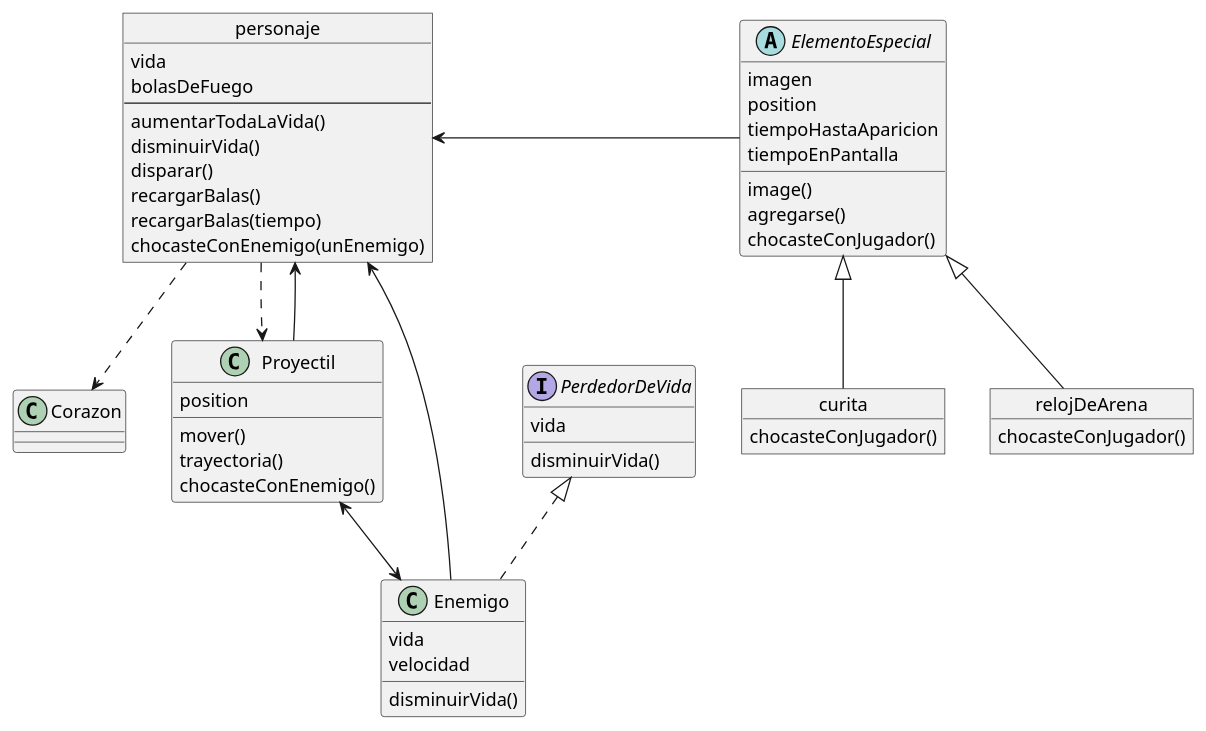
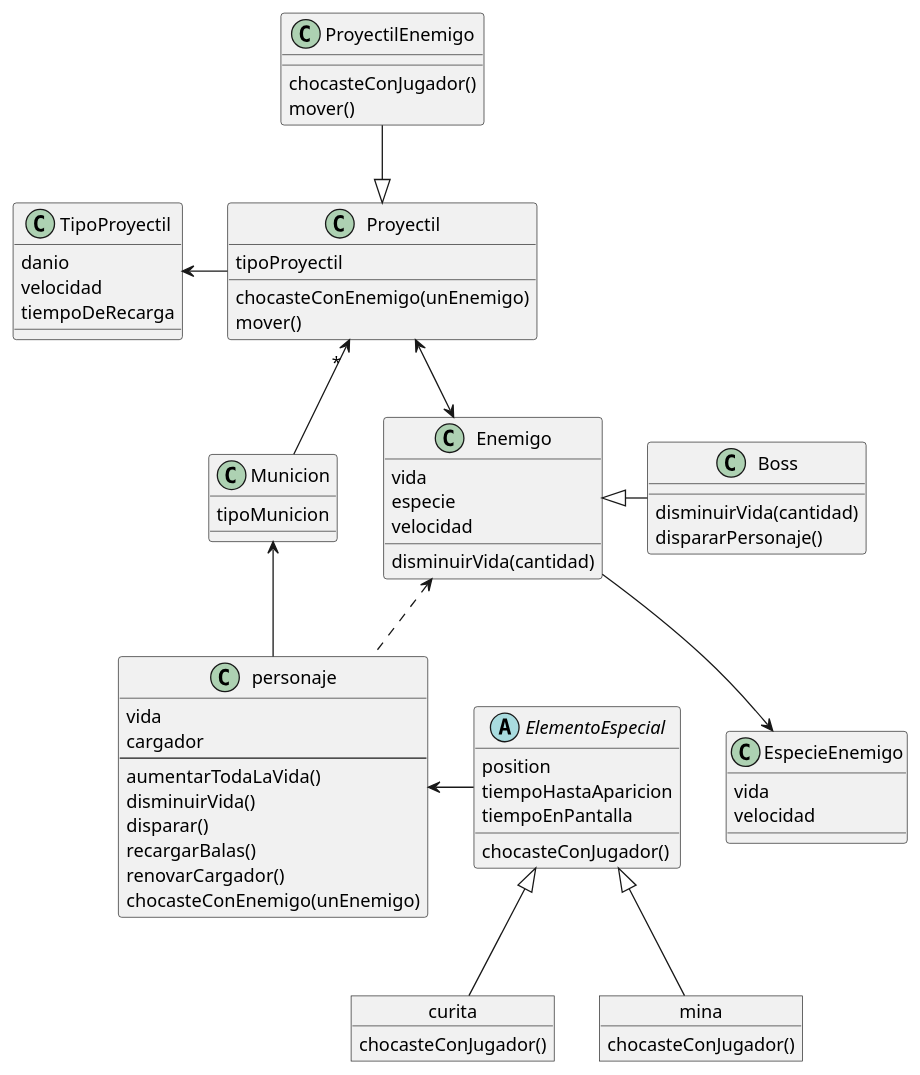
The diagram in diagrama.wsd (pdepjm/2022-tpgame-commit), drawn with PlantUML before and after one commit.

```diff
--- a/diagrama.wsd
+++ b/diagrama.wsd
@@ -1,82 +1,100 @@
 @startuml Diagramas
 
 abstract class ElementoEspecial {
-    imagen
     position
     tiempoHastaAparicion
     tiempoEnPantalla
 
-    image()
-    agregarse()
     chocasteConJugador()
-
 }
 
 object curita {
 
     chocasteConJugador()
 }
 
-object relojDeArena {
+object mina {
+    chocasteConJugador()
 
-    chocasteConJugador()
-} 
-
-ElementoEspecial <|-- curita
-ElementoEspecial <|-- relojDeArena
-
-interface PerdedorDeVida {
-    vida
-    
-    disminuirVida()
 }
 
 
-object personaje {
+class Municion {
+    tipoMunicion
+
+}
+
+ElementoEspecial <|-- curita
+ElementoEspecial <|-- mina
+
+Municion <-- personaje
+Proyectil " * "<-- Municion
+Proyectil -l-> TipoProyectil
+
+Enemigo <.. personaje
+Proyectil <--> Enemigo
+Boss -l-|> Enemigo
+Enemigo --> EspecieEnemigo
+ProyectilEnemigo --|> Proyectil
+
+
+object personaje  {
     vida
-    bolasDeFuego
+    cargador
     ----
     aumentarTodaLaVida()
     disminuirVida()
     disparar()
     recargarBalas()
-    recargarBalas(tiempo)
+    renovarCargador()
     chocasteConEnemigo(unEnemigo)
 }
 
 ElementoEspecial -l-> personaje
 
-class Corazon {
 
+class Proyectil {
+
+    tipoProyectil
+
+    chocasteConEnemigo(unEnemigo)
+    mover()
 }
 
-class Proyectil {
-    position
-
-    mover()
-    trayectoria()
-    chocasteConEnemigo()
-
+class TipoProyectil{
+    danio
+    velocidad
+    tiempoDeRecarga
 }
 
-personaje ..> Proyectil
-personaje ..> Corazon
-Proyectil --> personaje
-
- class Enemigo implements PerdedorDeVida {
+ class Enemigo {
     vida
+    especie
     velocidad
 
-    disminuirVida()
+    disminuirVida(cantidad)
+}
 
+object Boss {
+    
+    disminuirVida(cantidad)
+    dispararPersonaje()
+}
+
+class EspecieEnemigo {
+    vida 
+    velocidad
+}
+
+class ProyectilEnemigo {
+    chocasteConJugador()
+    mover()
+    
 }
 
 
-
-Enemigo --> personaje
-Proyectil <--> Enemigo
 
 
 
 
 @enduml
```
